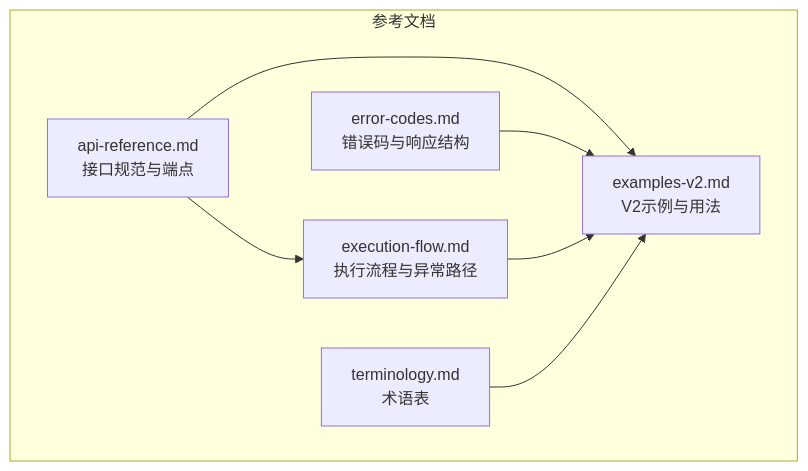
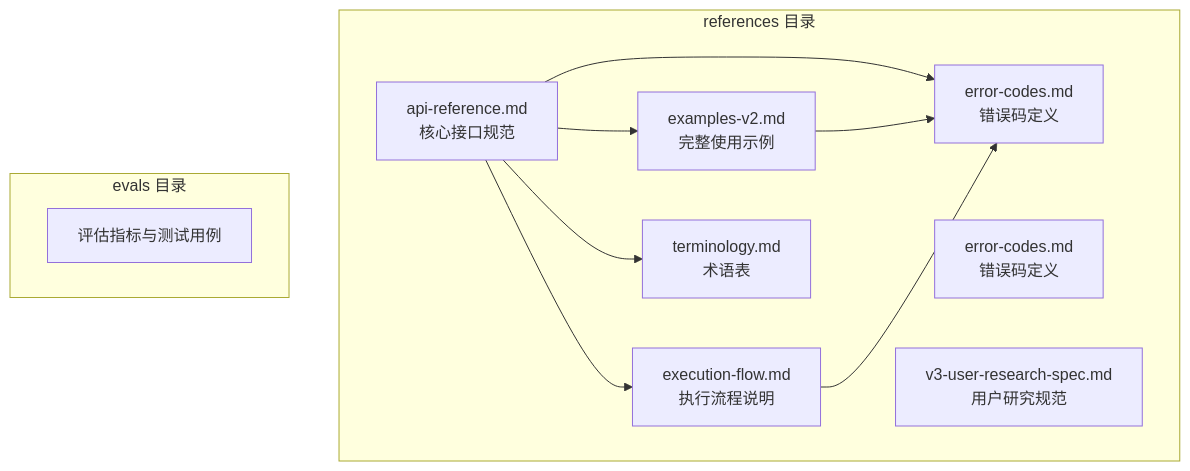
The first of 9 diagrams in .qoder/repowiki/zh/content/API接口参考.md (daoAgents/task-execution-summary), drawn with Mermaid before and after one commit. The commit also changed other lines of this file and 33 other files, not shown here.

````diff
--- a/.qoder/repowiki/zh/content/API接口参考.md
+++ b/.qoder/repowiki/zh/content/API接口参考.md
@@ -35,15 +172,21 @@
 ```mermaid
 graph TB
-subgraph "参考文档"
-AR["api-reference.md<br/>接口规范与端点"]
-EC["error-codes.md<br/>错误码与响应结构"]
-EX["examples-v2.md<br/>V2示例与用法"]
-EF["execution-flow.md<br/>执行流程与异常路径"]
-TM["terminology.md<br/>术语表"]
+subgraph "references 目录"
+A[api-reference.md<br/>核心接口规范]
+B[error-codes.md<br/>错误码定义]
+C[examples-v2.md<br/>完整使用示例]
+D[execution-flow.md<br/>执行流程说明]
+E[terminology.md<br/>术语表]
+F[error-codes.md<br/>错误码定义]
+G[v3-user-research-spec.md<br/>用户研究规范]
 end
-AR --> EX
-EC --> EX
-EF --> EX
-AR --> EF
-TM --> EX
+subgraph "evals 目录"
+H[评估指标与测试用例]
+end
+A --> B
+A --> C
+A --> D
+A --> E
+C --> B
+D --> B
 ```
````
